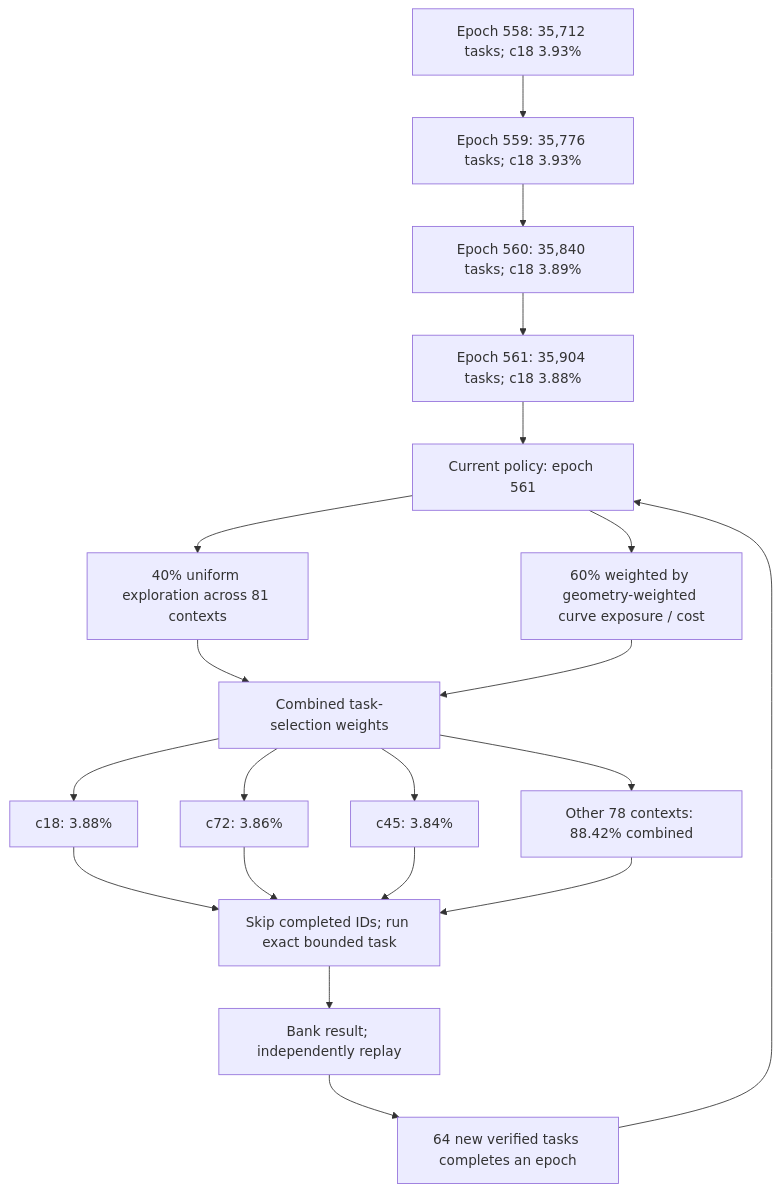
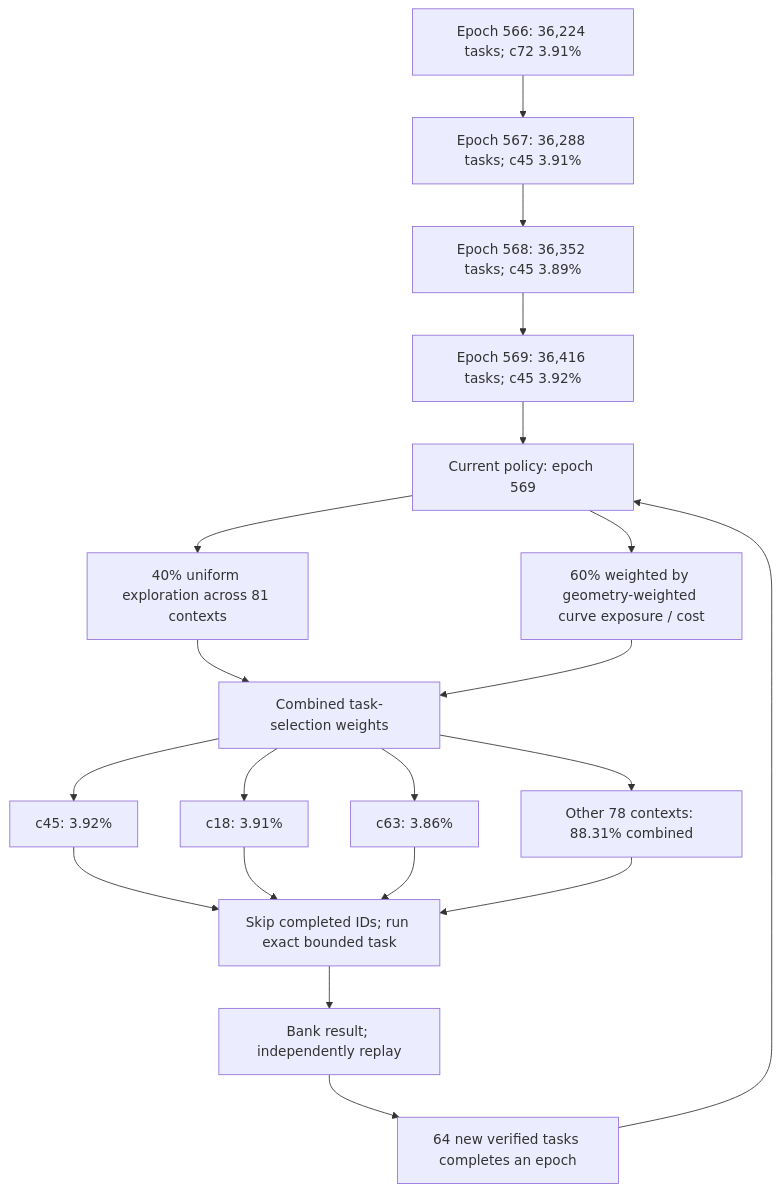
Before and after one commit to Kuberwastaken/math-gambling: the first of 3 diagrams in README.md, drawn with Mermaid. The commit also changed other lines of this file and 1141 other files, not shown here.

````diff
--- a/README.md
+++ b/README.md
@@ -55,27 +55,27 @@
 ```mermaid
 flowchart TD
-    H0["Epoch 558: 35,712 tasks; c18 3.93%"]
-    H1["Epoch 559: 35,776 tasks; c18 3.93%"]
+    H0["Epoch 566: 36,224 tasks; c72 3.91%"]
+    H1["Epoch 567: 36,288 tasks; c45 3.91%"]
     H0 --> H1
-    H2["Epoch 560: 35,840 tasks; c18 3.89%"]
+    H2["Epoch 568: 36,352 tasks; c45 3.89%"]
     H1 --> H2
-    H3["Epoch 561: 35,904 tasks; c18 3.88%"]
+    H3["Epoch 569: 36,416 tasks; c45 3.92%"]
     H2 --> H3
-    Policy["Current policy: epoch 561"]
+    Policy["Current policy: epoch 569"]
     H3 --> Policy
     Policy --> Explore["40% uniform exploration across 81 contexts"]
     Policy --> Cost["60% weighted by geometry-weighted curve exposure / cost"]
     Explore --> Mix["Combined task-selection weights"]
     Cost --> Mix
-    Mix --> C0["c18: 3.88%"]
-    Mix --> C1["c72: 3.86%"]
-    Mix --> C2["c45: 3.84%"]
-    Mix --> Rest["Other 78 contexts: 88.42% combined"]
+    Mix --> C0["c45: 3.92%"]
+    Mix --> C1["c18: 3.91%"]
+    Mix --> C2["c63: 3.86%"]
+    Mix --> Rest["Other 78 contexts: 88.31% combined"]
     C0 --> Check["Skip completed IDs; run exact bounded task"]
     C1 --> Check
     C2 --> Check
     Rest --> Check
     Check --> Replay["Bank result; independently replay"]
     Replay --> Gate["64 new verified tasks completes an epoch"]
     Gate --> Policy
 ```
````
